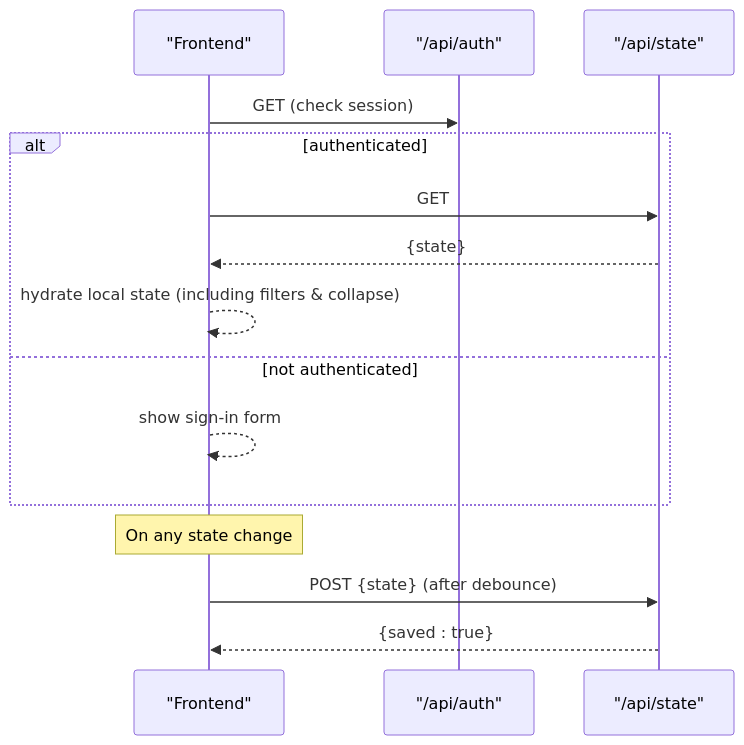
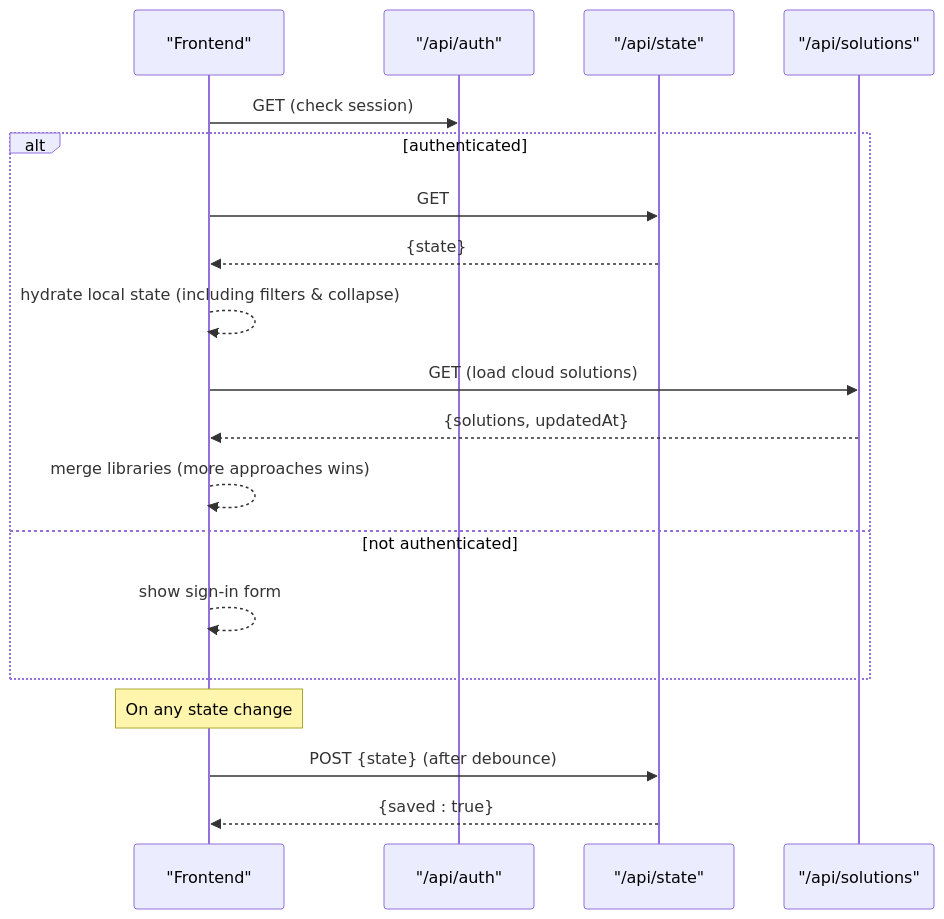
One commit to iamrituraj/DSA-Tracker changed the seventh of 10 diagrams in .qoder/repowiki/en/content/Cloud Synchronization.md. Above: the diagram before and after it, drawn with Mermaid. The commit also changed other lines of this file and 29 other files, not shown here.

````diff
--- a/.qoder/repowiki/en/content/Cloud Synchronization.md
+++ b/.qoder/repowiki/en/content/Cloud Synchronization.md
@@ -216,17 +265,21 @@
 ```mermaid
 sequenceDiagram
 participant FE as "Frontend"
 participant AUTH as "/api/auth"
 participant STATE as "/api/state"
+participant SOLUTIONS as "/api/solutions"
 FE->>AUTH : GET (check session)
 alt authenticated
 FE->>STATE : GET
 STATE-->>FE : {state}
 FE-->>FE : hydrate local state (including filters & collapse)
+FE->>SOLUTIONS : GET (load cloud solutions)
+SOLUTIONS-->>FE : {solutions, updatedAt}
+FE-->>FE : merge libraries (more approaches wins)
 else not authenticated
 FE-->>FE : show sign-in form
 end
 Note over FE : On any state change
 FE->>STATE : POST {state} (after debounce)
 STATE-->>FE : {saved : true}
 ```
````
